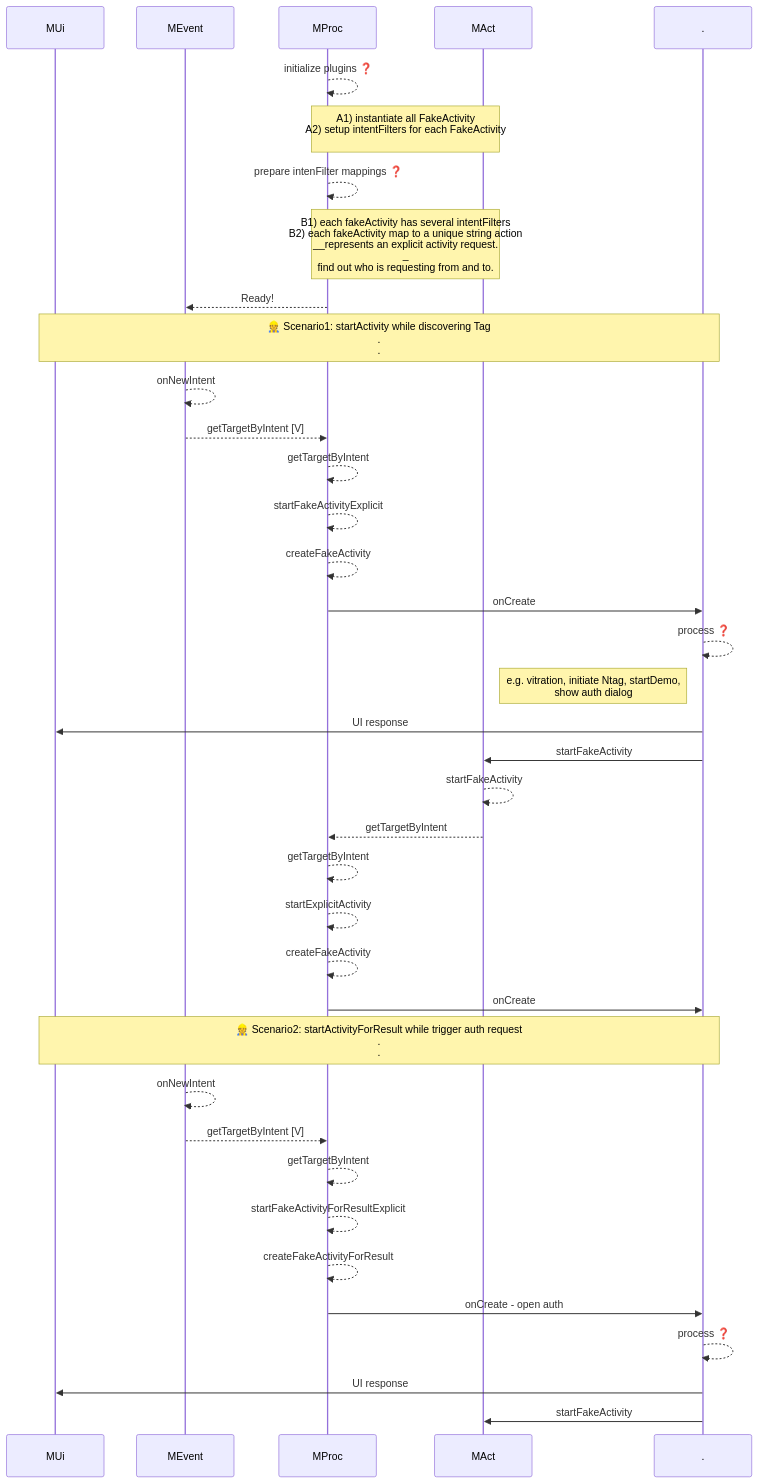
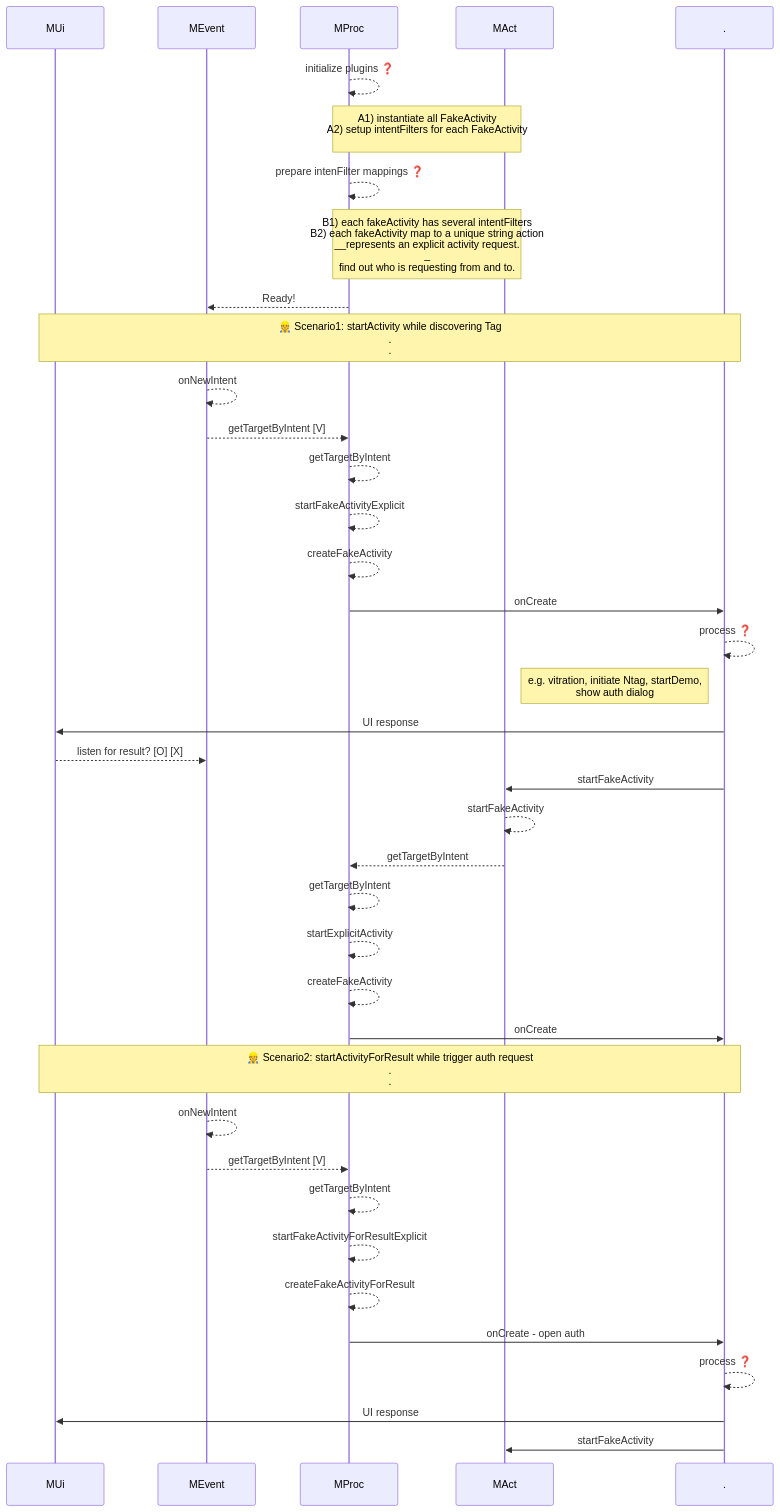
One commit to gordianknotC/nxp_note changed the third of 7 diagrams in flutter/android_to_flutter.md. Above: the diagram before and after it, drawn with Mermaid. The commit also changed other lines of this file, not shown here.

````diff
--- a/flutter/android_to_flutter.md
+++ b/flutter/android_to_flutter.md
@@ -52,51 +52,52 @@
 ```mermaid
 sequenceDiagram
 participant MUi
 participant MEvent
 participant MProc
 participant MAct
 participant .
 
 MProc-->>MProc: initialize plugins ❓
 Note over MProc,MAct: A1) instantiate all FakeActivity<br>A2) setup intentFilters for each FakeActivity<br>
 
 MProc-->>MProc: prepare intenFilter mappings ❓
 
 Note over MProc, MAct: B1) each fakeActivity has several intentFilters<br>B2) each fakeActivity map to a unique string action<br>__represents an explicit activity request.<br>_<br> find out who is requesting from and to.
 
 MProc-->>MEvent: Ready!
 
 
 Note over MUi, .: 👷 Scenario1: startActivity while discovering Tag<br>.<br>.
 MEvent-->>MEvent: onNewIntent
 
 MEvent-->>MProc: getTargetByIntent [V]
 MProc-->>MProc: getTargetByIntent
 MProc-->>MProc: startFakeActivityExplicit
 MProc-->>MProc: createFakeActivity
 MProc->> . : onCreate
 . -->> . : process ❓
 Note left of .: e.g. vitration, initiate Ntag, startDemo,<br>show auth dialog
 . ->> MUi: UI response
+MUi -->> MEvent: listen for result? [O] [X]
 . ->> MAct: startFakeActivity
 MAct -->> MAct: startFakeActivity
 MAct -->> MProc: getTargetByIntent
 MProc -->> MProc: getTargetByIntent
 MProc -->> MProc: startExplicitActivity
 MProc -->> MProc: createFakeActivity
 MProc ->> . : onCreate
 
 
 Note over MUi, .: 👷 Scenario2: startActivityForResult while trigger auth request<br>.<br>.
 MEvent-->>MEvent: onNewIntent
 MEvent-->>MProc: getTargetByIntent [V]
 MProc-->>MProc: getTargetByIntent
 MProc-->>MProc: startFakeActivityForResultExplicit
 MProc-->>MProc: createFakeActivityForResult
 MProc->> . : onCreate - open auth
 . -->> . : process ❓
 . ->> MUi: UI response
 . ->> MAct: startFakeActivity
 
 
 ```
````
